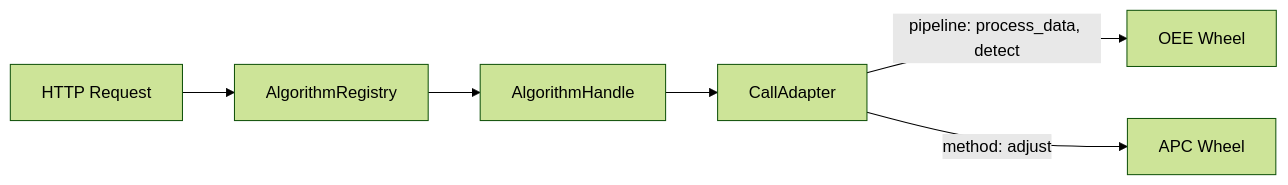
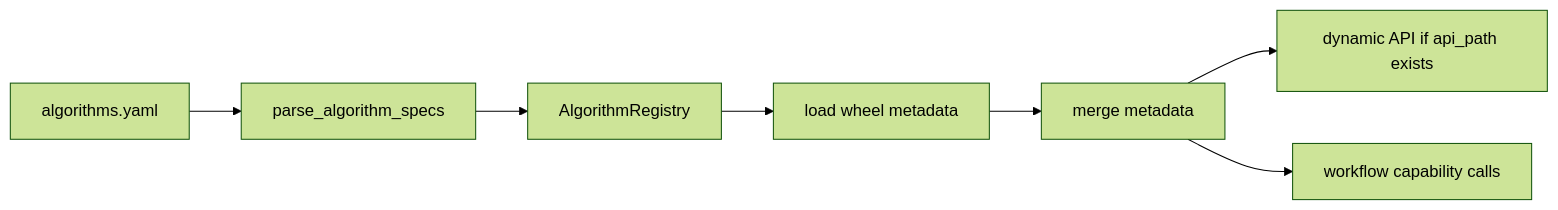
Before and after one commit to StanMa-lpls/peip_aihub: the first of 2 diagrams in algorithm_controller_design.md, drawn with Mermaid (forest theme). The commit also changed other lines of this file and 1 other file, not shown here.

Commit message:
Update algorithm controller design and APC test README based on the latest design.

````diff
--- a/algorithm_controller_design.md
+++ b/algorithm_controller_design.md
@@ -35,8 +156,9 @@
 ```mermaid
 flowchart LR
-    httpReq["HTTP Request"] --> registry["AlgorithmRegistry"]
-    registry --> handle["AlgorithmHandle"]
-    handle --> callAdapter["CallAdapter"]
-    callAdapter -->|"pipeline: process_data, detect"| oeeWheel["OEE Wheel"]
-    callAdapter -->|"method: adjust"| apcWheel["APC Wheel"]
+    config["algorithms.yaml"] --> specs["parse_algorithm_specs"]
+    specs --> registry["AlgorithmRegistry"]
+    registry --> metadata["load wheel metadata"]
+    metadata --> merged["merge metadata"]
+    merged --> dynamicApi["dynamic API if api_path exists"]
+    merged --> workflow["workflow capability calls"]
 ```
````
